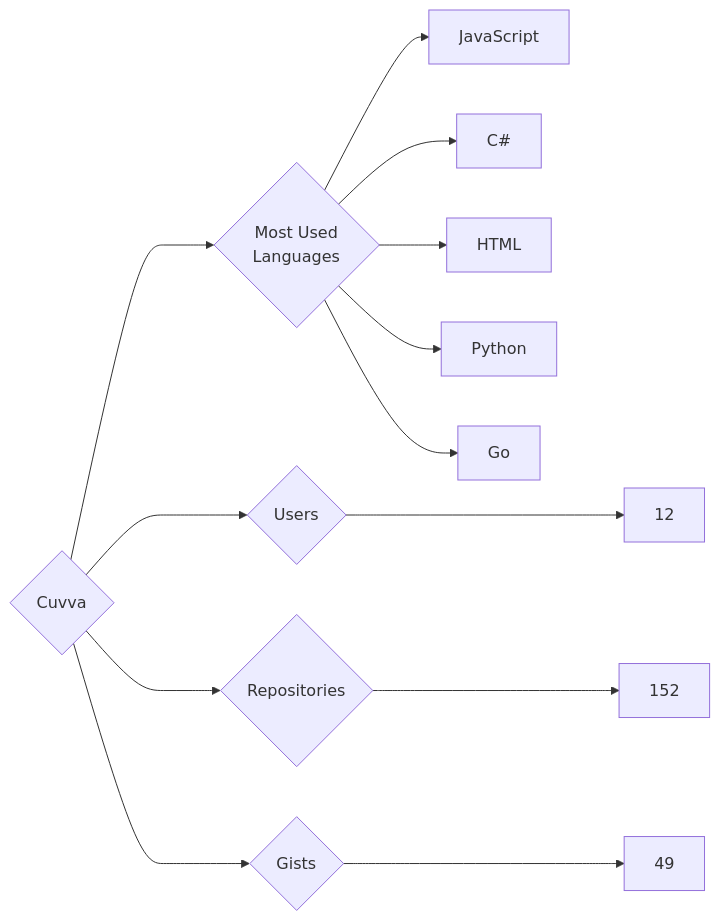
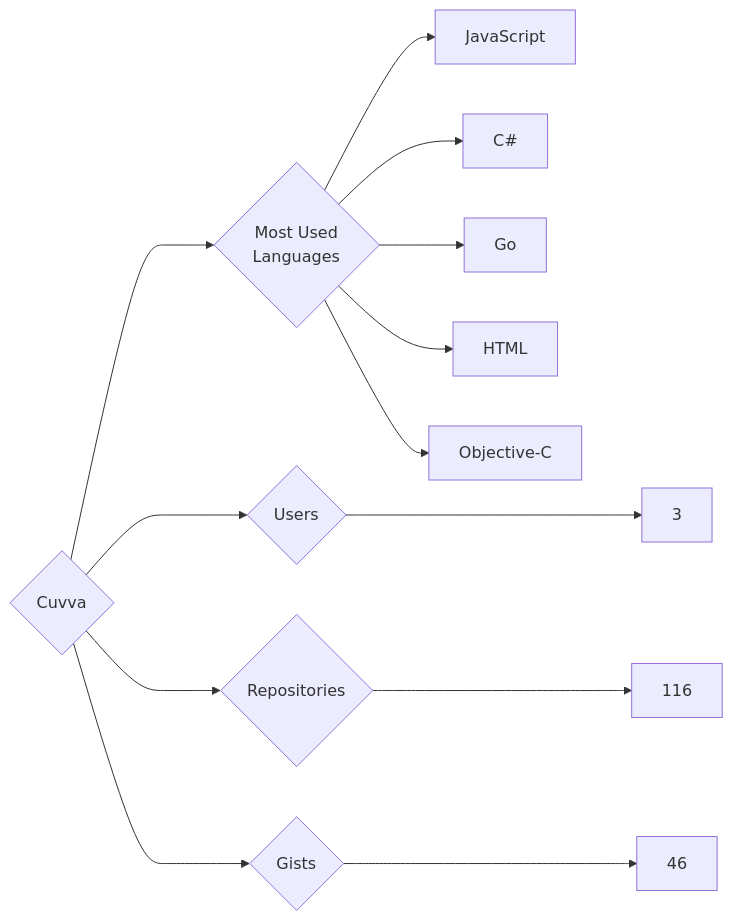
Before and after one commit to trickest/insiders: the diagram in targets/Cuvva/README.md, drawn with Mermaid. The commit also changed 622 other files, not shown here.

````diff
--- a/targets/Cuvva/README.md
+++ b/targets/Cuvva/README.md
@@ -3,13 +3,13 @@
 ```mermaid
 graph LR
 COMPANY_NAME{Cuvva}
-COMPANY_NAME ---> U{Users} ---> UN[12]
-COMPANY_NAME ---> R{Repositories} ---> RN[152]
-COMPANY_NAME ---> G{Gists} ---> GN[49]
+COMPANY_NAME ---> U{Users} ---> UN[3]
+COMPANY_NAME ---> R{Repositories} ---> RN[116]
+COMPANY_NAME ---> G{Gists} ---> GN[46]
 COMPANY_NAME ---> ML{Most Used<br>Languages}
 ML --> JavaScript[JavaScript]
 ML --> C#[C#]
+ML --> Go[Go]
 ML --> HTML[HTML]
-ML --> Python[Python]
-ML --> Go[Go]
+ML --> Objective-C[Objective-C]
 ```
````
